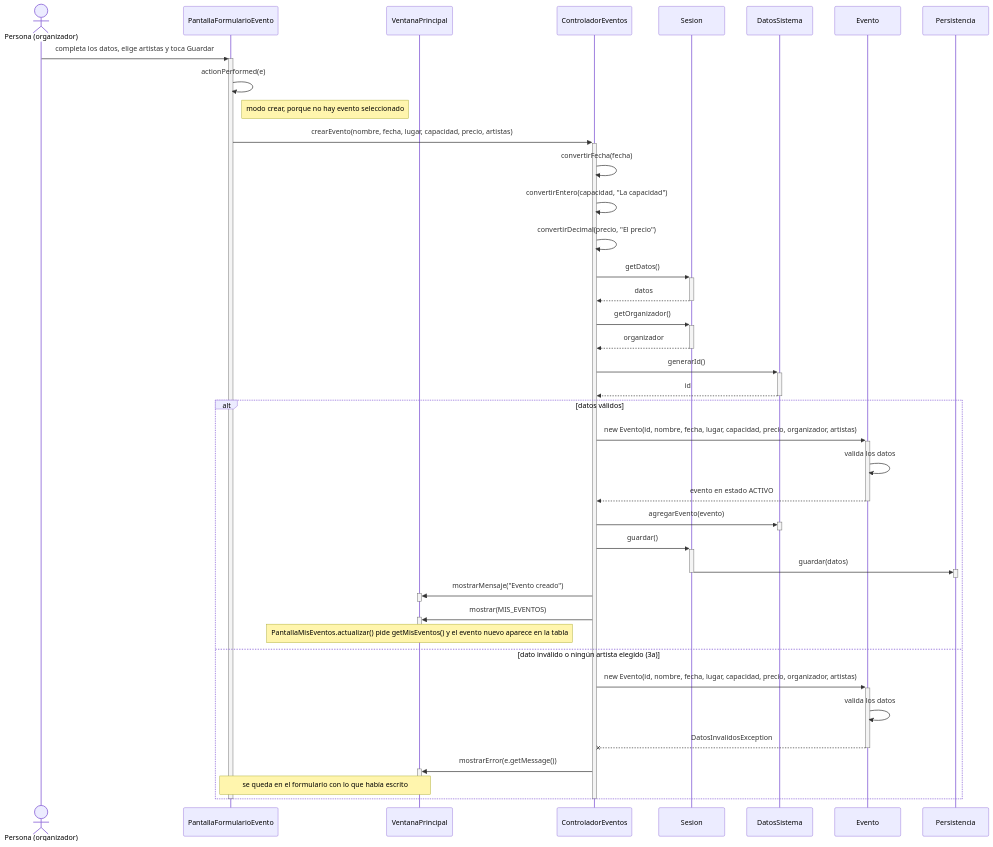
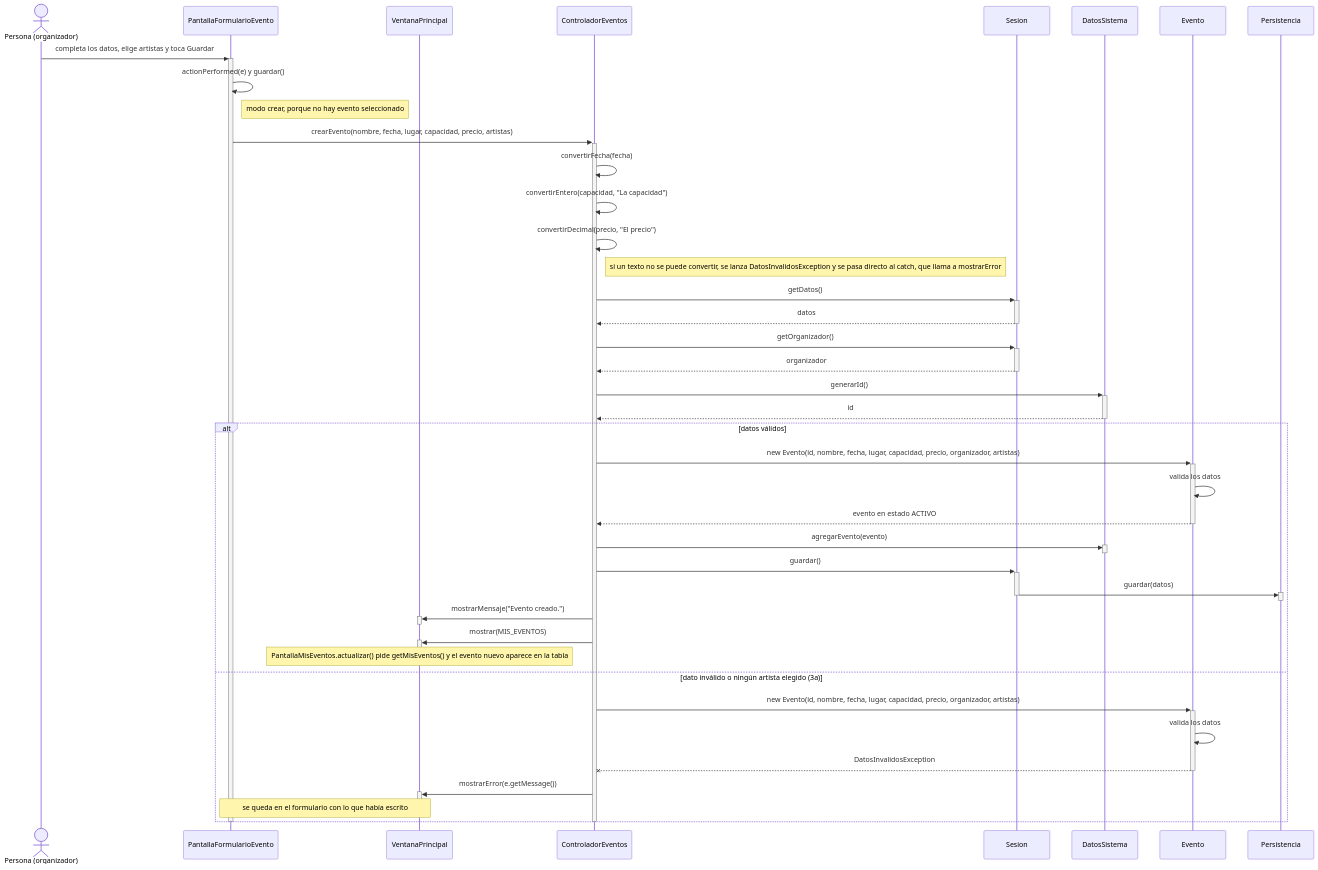
The diagram in docs/diseno/secuencias/CU03-crear-evento.md (AgustinSimonenco/gestion-eventos-musicales), drawn with Mermaid before and after one commit. The commit also changed 11 other files, not shown here.

First line of the commit message:
Diagramas: cruce completo con el codigo y correcciones

````diff
--- a/docs/diseno/secuencias/CU03-crear-evento.md
+++ b/docs/diseno/secuencias/CU03-crear-evento.md
@@ -9,50 +9,51 @@
 ```mermaid
 sequenceDiagram
     actor O as Persona (organizador)
     participant P as PantallaFormularioEvento
     participant V as VentanaPrincipal
     participant C as ControladorEventos
     participant S as Sesion
     participant D as DatosSistema
     participant E as Evento
     participant PE as Persistencia
 
     O->>+P: completa los datos, elige artistas y toca Guardar
-    P->>P: actionPerformed(e)
+    P->>P: actionPerformed(e) y guardar()
     Note right of P: modo crear, porque no hay evento seleccionado
     P->>+C: crearEvento(nombre, fecha, lugar, capacidad, precio, artistas)
     C->>C: convertirFecha(fecha)
     C->>C: convertirEntero(capacidad, "La capacidad")
     C->>C: convertirDecimal(precio, "El precio")
+    Note right of C: si un texto no se puede convertir, se lanza DatosInvalidosException y se pasa directo al catch, que llama a mostrarError
     C->>+S: getDatos()
     S-->>-C: datos
     C->>+S: getOrganizador()
     S-->>-C: organizador
     C->>+D: generarId()
     D-->>-C: id
     alt datos válidos
         C->>+E: new Evento(id, nombre, fecha, lugar, capacidad, precio, organizador, artistas)
         E->>E: valida los datos
         E-->>-C: evento en estado ACTIVO
         C->>+D: agregarEvento(evento)
         deactivate D
         C->>+S: guardar()
         S->>+PE: guardar(datos)
         deactivate PE
         deactivate S
-        C->>+V: mostrarMensaje("Evento creado")
+        C->>+V: mostrarMensaje("Evento creado.")
         deactivate V
         C->>+V: mostrar(MIS_EVENTOS)
         deactivate V
         Note over V: PantallaMisEventos.actualizar() pide getMisEventos() y el evento nuevo aparece en la tabla
     else dato inválido o ningún artista elegido (3a)
         C->>+E: new Evento(id, nombre, fecha, lugar, capacidad, precio, organizador, artistas)
         E->>E: valida los datos
         E--x-C: DatosInvalidosException
         C->>+V: mostrarError(e.getMessage())
         deactivate V
         Note over P,V: se queda en el formulario con lo que había escrito
     end
     deactivate C
     deactivate P
 ```
````
